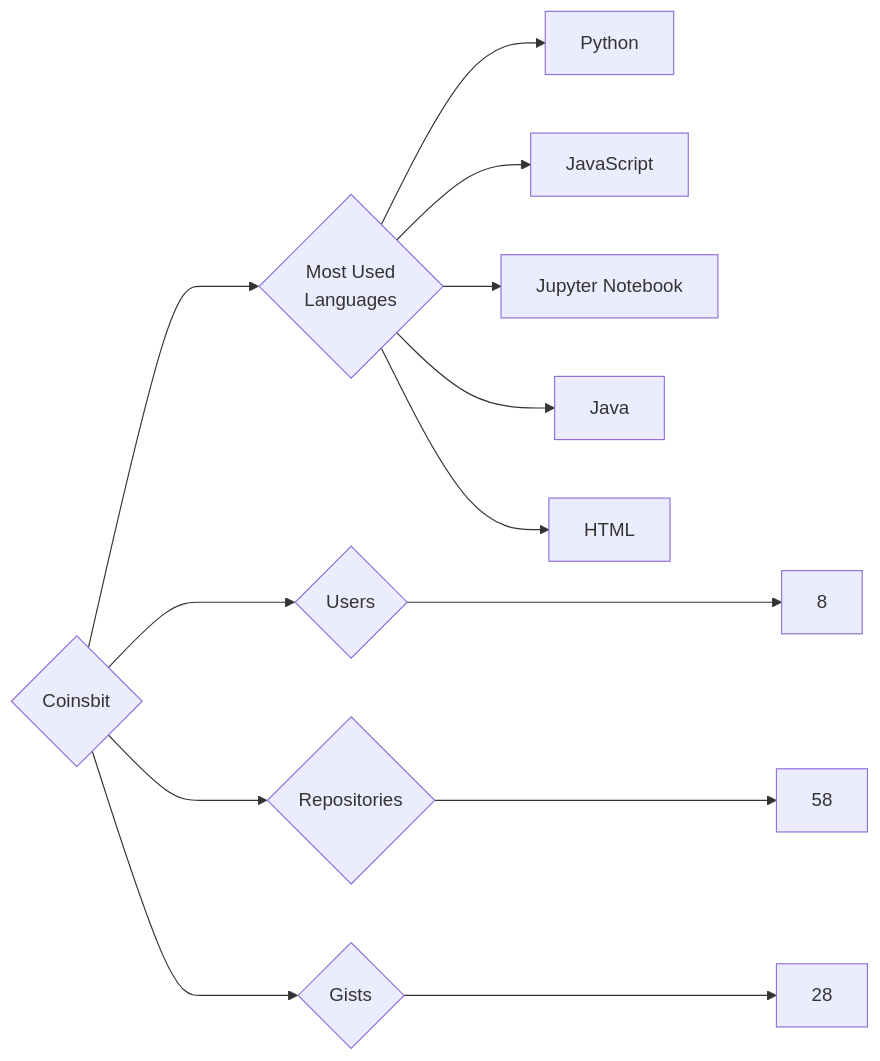
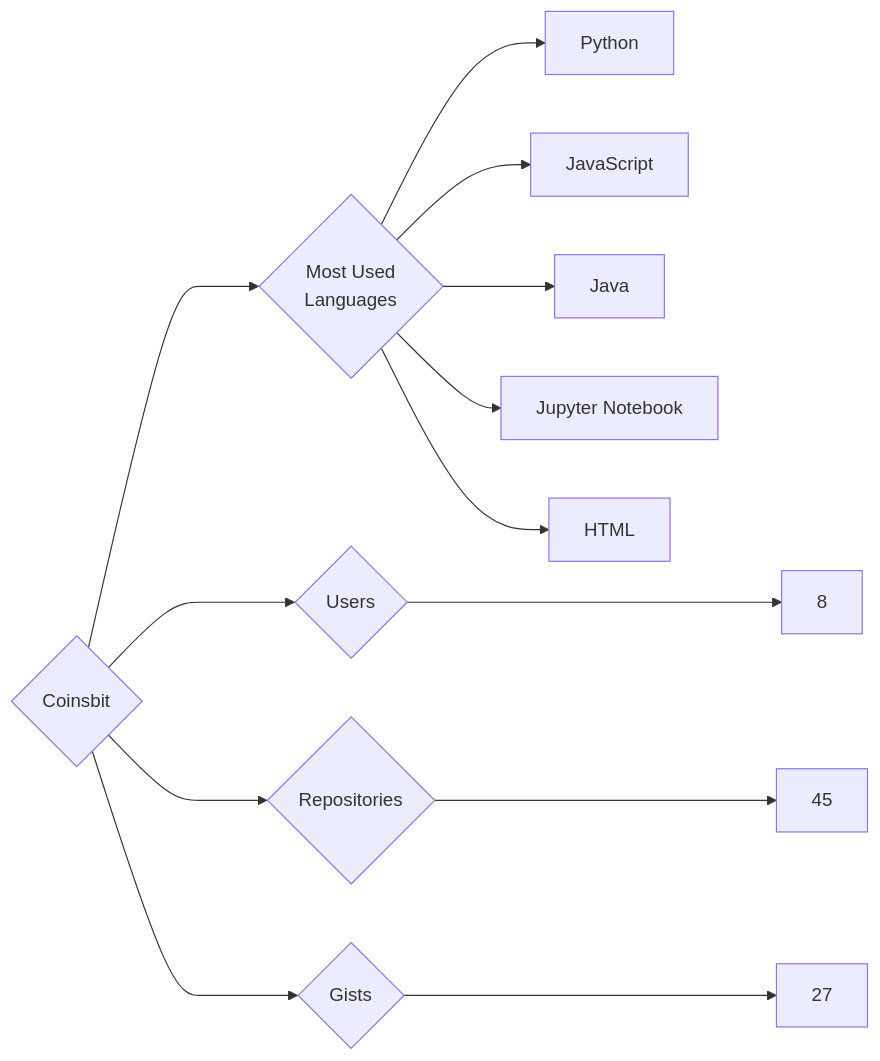
One commit to trickest/insiders changed the diagram in targets/Coinsbit/README.md. Above: the diagram before and after it, drawn with Mermaid. The commit also changed 933 other files, not shown here.

````diff
--- a/targets/Coinsbit/README.md
+++ b/targets/Coinsbit/README.md
@@ -3,13 +3,13 @@
 ```mermaid
 graph LR
 COMPANY_NAME{Coinsbit}
 COMPANY_NAME ---> U{Users} ---> UN[8]
-COMPANY_NAME ---> R{Repositories} ---> RN[58]
-COMPANY_NAME ---> G{Gists} ---> GN[28]
+COMPANY_NAME ---> R{Repositories} ---> RN[45]
+COMPANY_NAME ---> G{Gists} ---> GN[27]
 COMPANY_NAME ---> ML{Most Used<br>Languages}
 ML --> Python[Python]
 ML --> JavaScript[JavaScript]
+ML --> Java[Java]
 ML --> Jupyter_Notebook[Jupyter Notebook]
-ML --> Java[Java]
 ML --> HTML[HTML]
 ```
````
